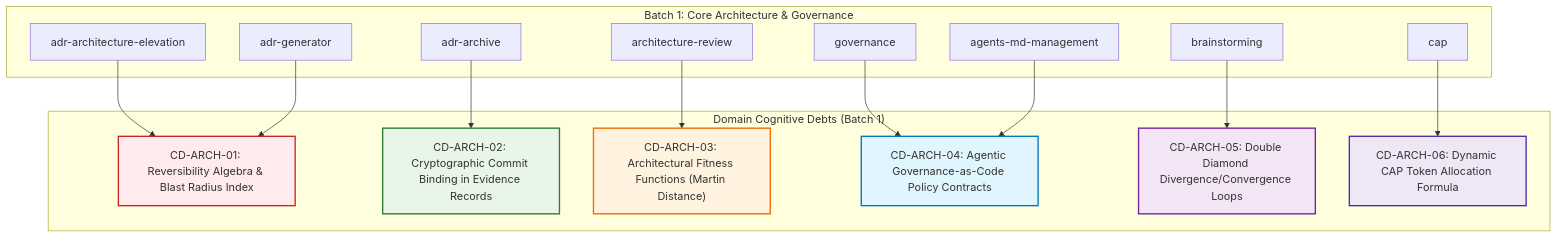
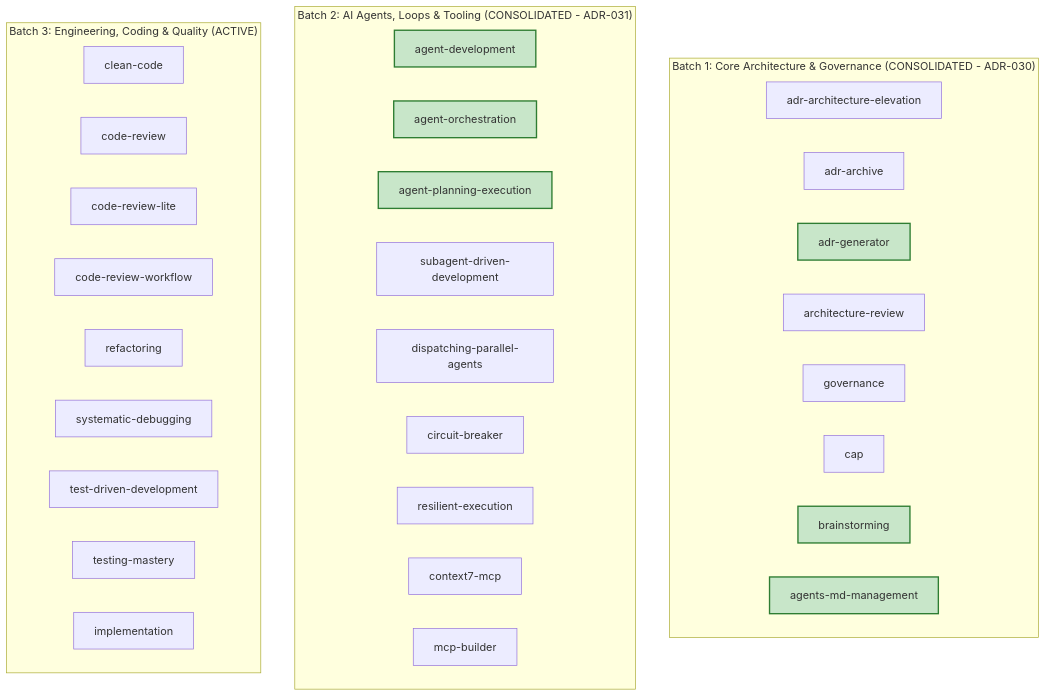
One commit to lscheffel/ignite-agents-skills changed the diagram in docs/audit/skills/COGNITIVE_DEBT_RELATIONAL_GRAPH.md. Above: the diagram before and after it, drawn with Mermaid. The commit also changed other lines of this file and 58 other files, not shown here.

Commit message:
feat(adr): consolidate and archive ADR-031, map Batch 3 in Cognitive Debt Relational Graph

````diff
--- a/docs/audit/skills/COGNITIVE_DEBT_RELATIONAL_GRAPH.md
+++ b/docs/audit/skills/COGNITIVE_DEBT_RELATIONAL_GRAPH.md
@@ -17,38 +19,44 @@
 ```mermaid
 graph TD
-    subgraph "Batch 1: Core Architecture & Governance"
+    subgraph "Batch 1: Core Architecture & Governance (CONSOLIDATED - ADR-030)"
         AAE[adr-architecture-elevation]
         AA[adr-archive]
         AG[adr-generator]
         AR[architecture-review]
         GOV[governance]
         CAP[cap]
         BS[brainstorming]
         AMM[agents-md-management]
     end
 
-    subgraph "Domain Cognitive Debts (Batch 1)"
-        CD1["CD-ARCH-01: Reversibility Algebra & Blast Radius Index"]
-        CD2["CD-ARCH-02: Cryptographic Commit Binding in Evidence Records"]
-        CD3["CD-ARCH-03: Architectural Fitness Functions (Martin Distance)"]
-        CD4["CD-ARCH-04: Agentic Governance-as-Code Policy Contracts"]
-        CD5["CD-ARCH-05: Double Diamond Divergence/Convergence Loops"]
-        CD6["CD-ARCH-06: Dynamic CAP Token Allocation Formula"]
+    subgraph "Batch 2: AI Agents, Loops & Tooling (CONSOLIDATED - ADR-031)"
+        AD[agent-development]
+        AO[agent-orchestration]
+        APE[agent-planning-execution]
+        SADD[subagent-driven-development]
+        DPA[dispatching-parallel-agents]
+        CB[circuit-breaker]
+        RE[resilient-execution]
+        C7[context7-mcp]
+        MCPB[mcp-builder]
     end
 
-    AAE --> CD1
-    AG --> CD1
-    AA --> CD2
-    AR --> CD3
-    GOV --> CD4
-    AMM --> CD4
-    BS --> CD5
-    CAP --> CD6
+    subgraph "Batch 3: Engineering, Coding & Quality (ACTIVE)"
+        CC[clean-code]
+        CR[code-review]
+        CRL[code-review-lite]
+        CRW[code-review-workflow]
+        REF[refactoring]
+        SD[systematic-debugging]
+        TDD[test-driven-development]
+        TM[testing-mastery]
+        IMPL[implementation]
+    end
 
-    style CD1 fill:#ffebee,stroke:#c62828,stroke-width:2px;
-    style CD2 fill:#e8f5e9,stroke:#2e7d32,stroke-width:2px;
-    style CD3 fill:#fff3e0,stroke:#ef6c00,stroke-width:2px;
-    style CD4 fill:#e1f5fe,stroke:#0277bd,stroke-width:2px;
-    style CD5 fill:#f3e5f5,stroke:#7b1fa2,stroke-width:2px;
-    style CD6 fill:#ede7f6,stroke:#512da8,stroke-width:2px;
+    style AG fill:#c8e6c9,stroke:#2e7d32,stroke-width:2px;
+    style BS fill:#c8e6c9,stroke:#2e7d32,stroke-width:2px;
+    style AMM fill:#c8e6c9,stroke:#2e7d32,stroke-width:2px;
+    style APE fill:#c8e6c9,stroke:#2e7d32,stroke-width:2px;
+    style AD fill:#c8e6c9,stroke:#2e7d32,stroke-width:2px;
+    style AO fill:#c8e6c9,stroke:#2e7d32,stroke-width:2px;
 ```
````
